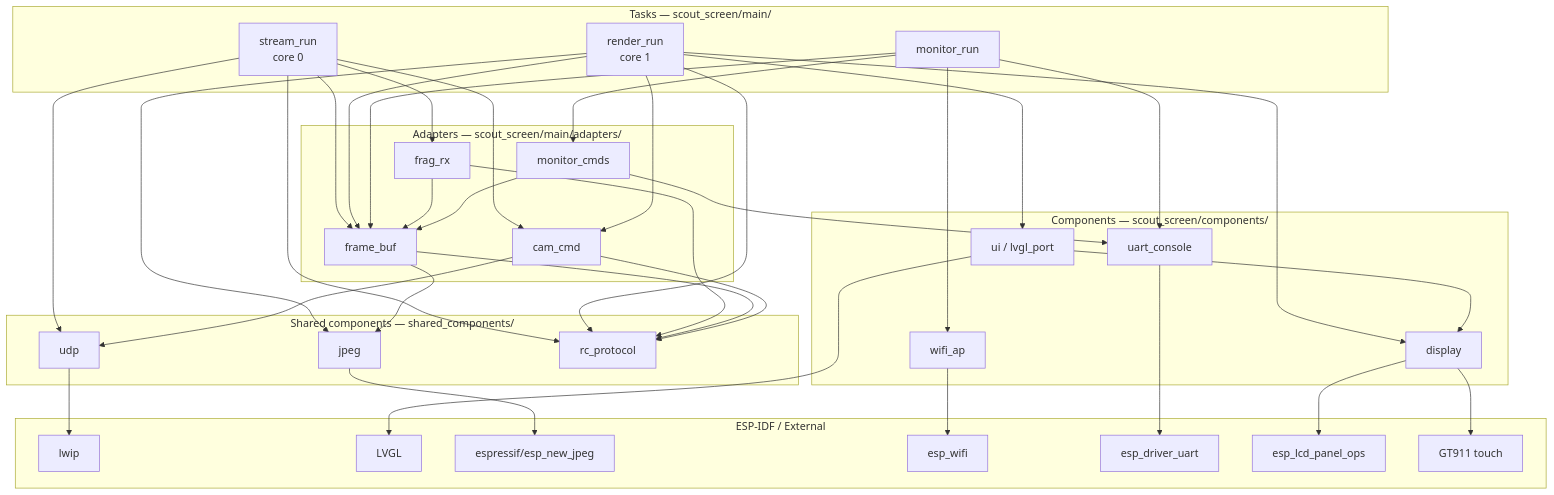
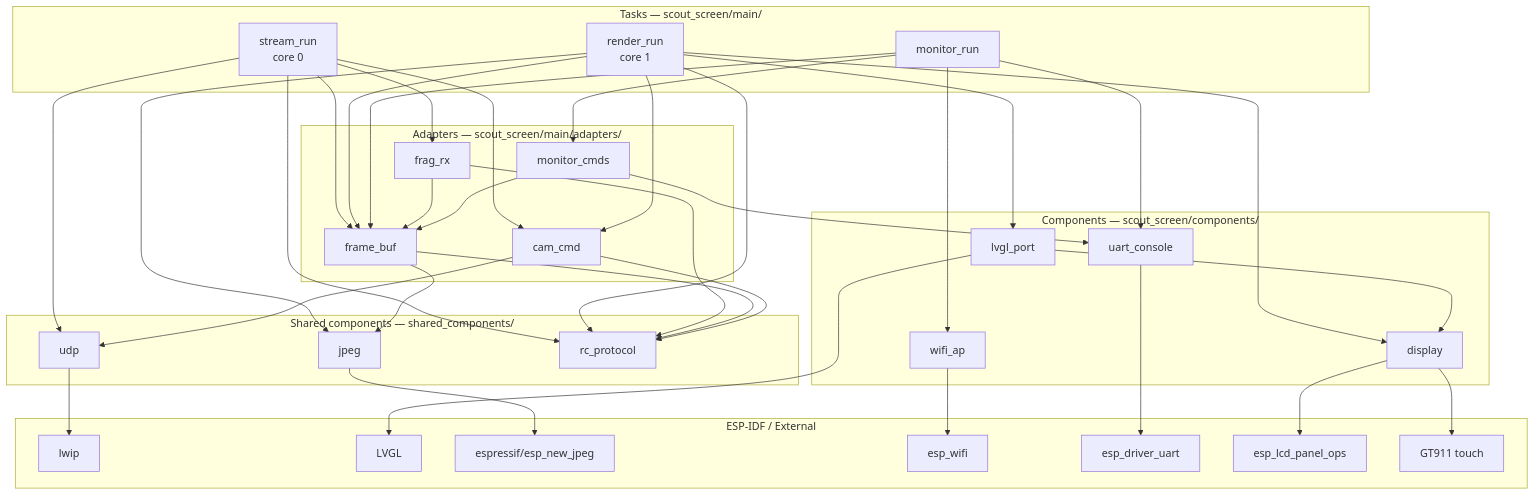
Before and after one commit to LINTECH-CHAS-ACADEMY-SUVX25/Scout: the second of 2 diagrams in docs/scout_screen_flow.md, drawn with Mermaid. The commit also changed other lines of this file and 6 other files, not shown here.

````diff
--- a/docs/scout_screen_flow.md
+++ b/docs/scout_screen_flow.md
@@ -34,54 +34,54 @@
 ```mermaid
 graph TD
     subgraph tasks["Tasks — scout_screen/main/"]
         SR["stream_run\ncore 0"]
         RR["render_run\ncore 1"]
         MR["monitor_run"]
     end
 
     subgraph adapters["Adapters — scout_screen/main/adapters/"]
         FB[frame_buf]
         CC[cam_cmd]
         FR[frag_rx]
         MC[monitor_cmds]
     end
 
     subgraph shared["Shared components — shared_components/"]
         JP[jpeg]
         UDP[udp]
         RCP[rc_protocol]
     end
 
     subgraph components["Components — scout_screen/components/"]
         DISP[display]
-        UI[ui / lvgl_port]
+        UI[lvgl_port]
         UC[uart_console]
         WA[wifi_ap]
     end
 
     subgraph sdk["ESP-IDF / External"]
         LWIP[lwip]
         LVGL[LVGL]
         JPEG_LIB[espressif/esp_new_jpeg]
         WIFI[esp_wifi]
         UART_DRV[esp_driver_uart]
         LCD[esp_lcd_panel_ops]
         GT[GT911 touch]
     end
 
     SR --> FR & FB & CC & UDP & RCP
     RR --> FB & CC & JP & DISP & UI & RCP
     MR --> FB & UC & WA & MC
 
     FR --> FB & RCP
     FB --> JP & RCP
     CC --> UDP & RCP
     MC --> FB & UC
 
     JP --> JPEG_LIB
     UDP --> LWIP
     UI --> LVGL & DISP
     DISP --> LCD & GT
     WA --> WIFI
     UC --> UART_DRV
 ```
````
